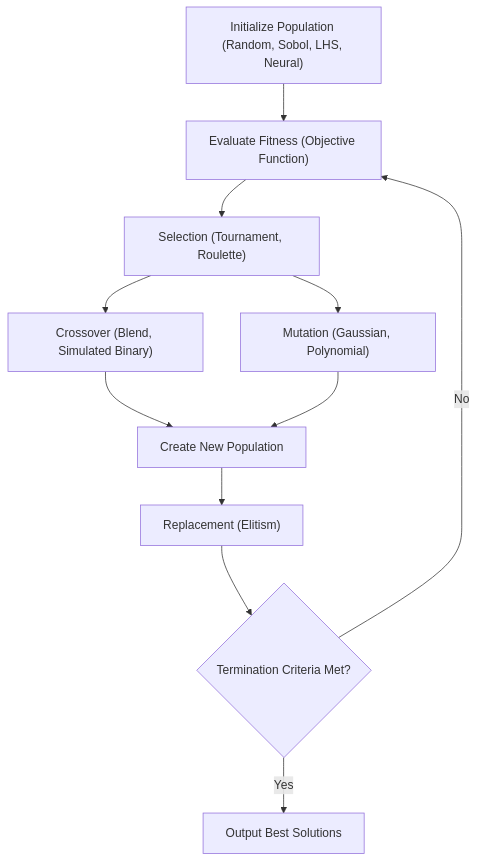
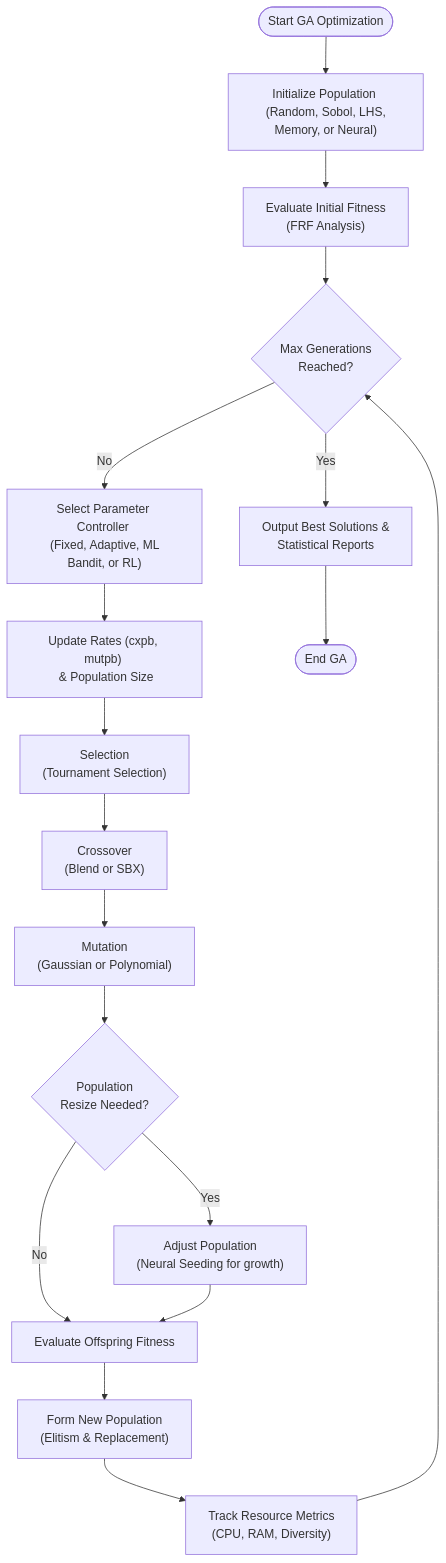
The first of 2 diagrams in Documents/Algorithms/GA.md (mahan2079/DeVana), drawn with Mermaid before and after one commit. The commit also changed other lines of this file and 52 other files, not shown here.

````diff
--- a/Documents/Algorithms/GA.md
+++ b/Documents/Algorithms/GA.md
@@ -9,14 +9,28 @@
 ```mermaid
 flowchart TD
-    Init["Initialize Population (Random, Sobol, LHS, Neural)"] --> Eval["Evaluate Fitness (Objective Function)"]
-    Eval --> Select["Selection (Tournament, Roulette)"]
-    Select --> Cross["Crossover (Blend, Simulated Binary)"]
-    Select --> Mut["Mutation (Gaussian, Polynomial)"]
-    Cross --> Offspring["Create New Population"]
-    Mut --> Offspring
-    Offspring --> Replace["Replacement (Elitism)"]
-    Replace --> Term{"Termination Criteria Met?"}
+    Start([Start GA Optimization]) --> Init["Initialize Population <br/> (Random, Sobol, LHS, Memory, or Neural)"]
+    Init --> Eval["Evaluate Initial Fitness <br/> (FRF Analysis)"]
     
-    Term -- No --> Eval
-    Term -- Yes --> Output["Output Best Solutions"]
+    Eval --> GenLoop{Max Generations <br/> Reached?}
+    
+    GenLoop -- No --> SelectController["Select Parameter Controller <br/> (Fixed, Adaptive, ML Bandit, or RL)"]
+    
+    SelectController --> AdaptLogic["Update Rates (cxpb, mutpb) <br/> & Population Size"]
+    
+    AdaptLogic --> Selection["Selection <br/> (Tournament Selection)"]
+    Selection --> Crossover["Crossover <br/> (Blend or SBX)"]
+    Crossover --> Mutation["Mutation <br/> (Gaussian or Polynomial)"]
+    
+    Mutation --> Resize{"Population <br/> Resize Needed?"}
+    Resize -- Yes --> ResizeLogic["Adjust Population <br/> (Neural Seeding for growth)"]
+    Resize -- No --> EvalOffspring["Evaluate Offspring Fitness"]
+    ResizeLogic --> EvalOffspring
+    
+    EvalOffspring --> Replace["Form New Population <br/> (Elitism & Replacement)"]
+    Replace --> Metrics["Track Resource Metrics <br/> (CPU, RAM, Diversity)"]
+    
+    Metrics --> GenLoop
+    
+    GenLoop -- Yes --> Output["Output Best Solutions & <br/> Statistical Reports"]
+    Output --> End([End GA])
 ```
````
